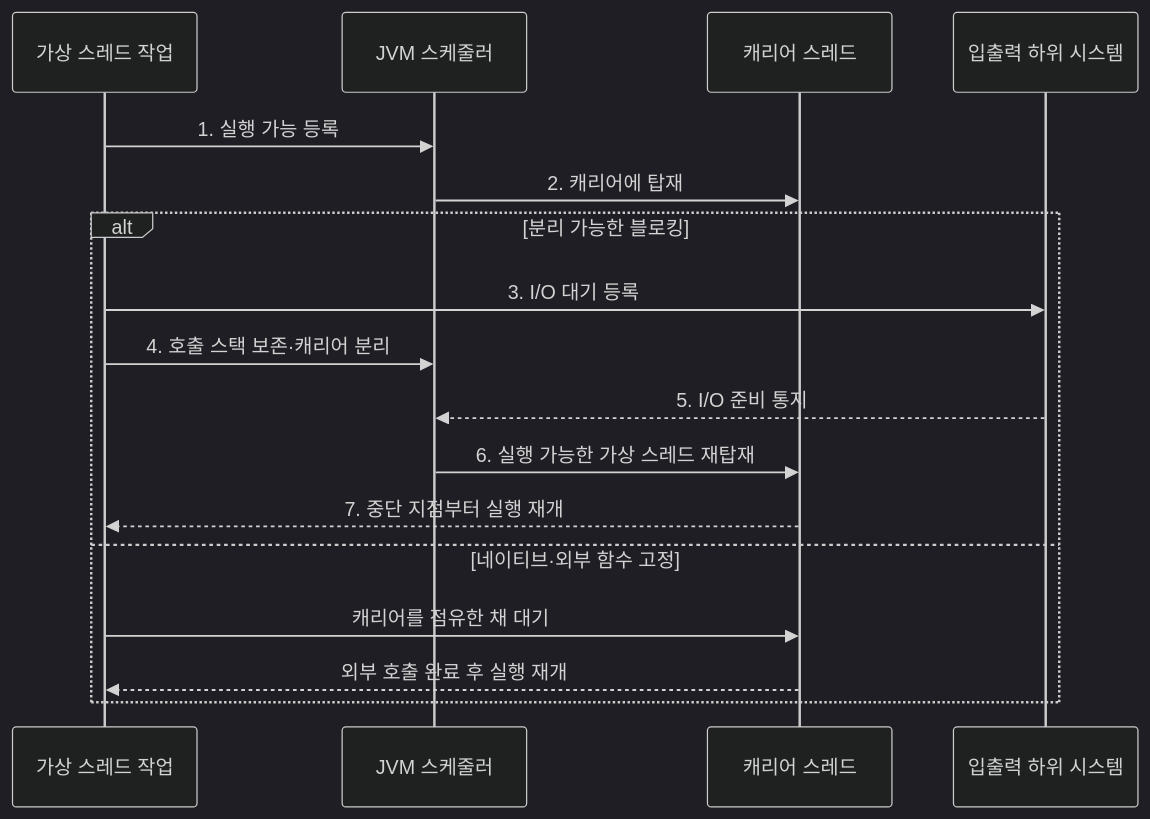
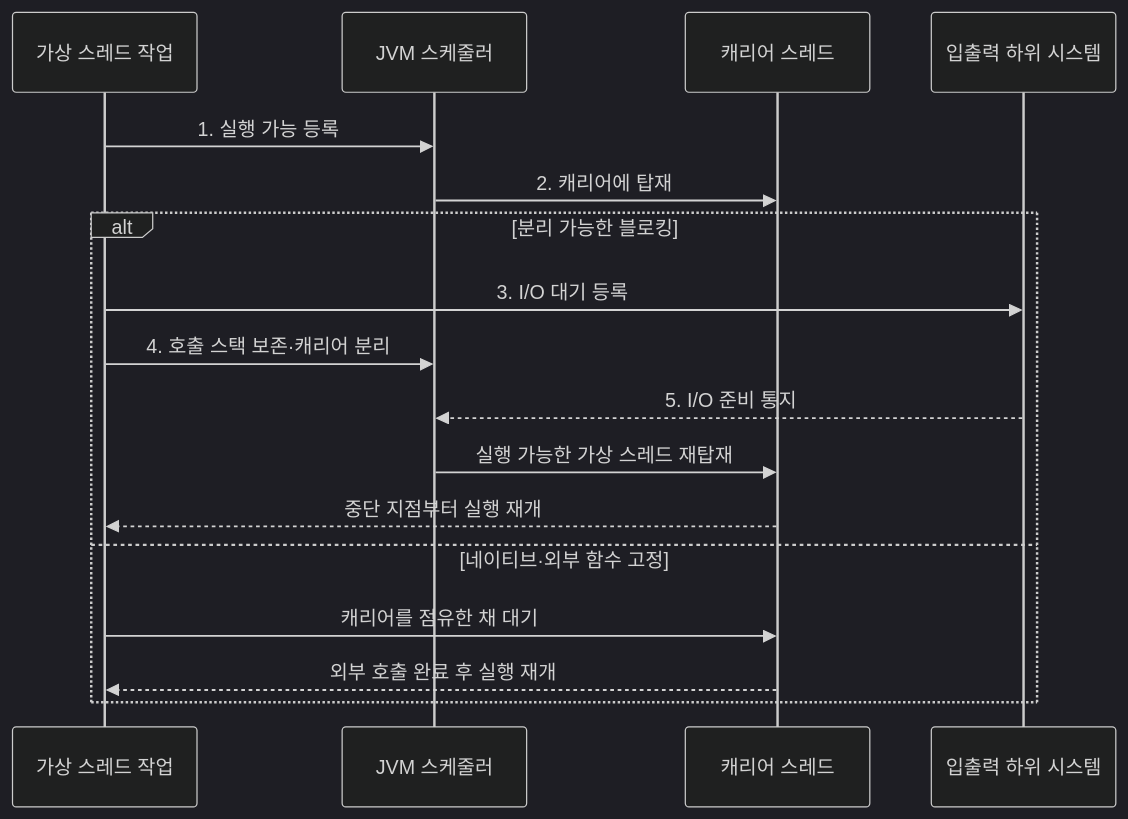
One commit to agnusdei1207/knowledge-base changed the second of 2 diagrams in src/content/docs/notes/03-software/025_virtual_thread.md. Above: the diagram before and after it, drawn with Mermaid (dark theme). The commit also changed other lines of this file and 238 other files, not shown here.

````diff
--- a/src/content/docs/notes/03-software/025_virtual_thread.md
+++ b/src/content/docs/notes/03-software/025_virtual_thread.md
@@ -90,19 +92,19 @@
 ```mermaid
 sequenceDiagram
     participant V as 가상 스레드 작업
     participant S as JVM 스케줄러
     participant C as 캐리어 스레드
     participant I as 입출력 하위 시스템
     V->>S: 1. 실행 가능 등록
     S->>C: 2. 캐리어에 탑재
     alt 분리 가능한 블로킹
         V->>I: 3. I/O 대기 등록
         V->>S: 4. 호출 스택 보존·캐리어 분리
         I-->>S: 5. I/O 준비 통지
-        S->>C: 6. 실행 가능한 가상 스레드 재탑재
-        C-->>V: 7. 중단 지점부터 실행 재개
+        S->>C: 실행 가능한 가상 스레드 재탑재
+        C-->>V: 중단 지점부터 실행 재개
     else 네이티브·외부 함수 고정
         V->>C: 캐리어를 점유한 채 대기
         C-->>V: 외부 호출 완료 후 실행 재개
     end
 ```
````
